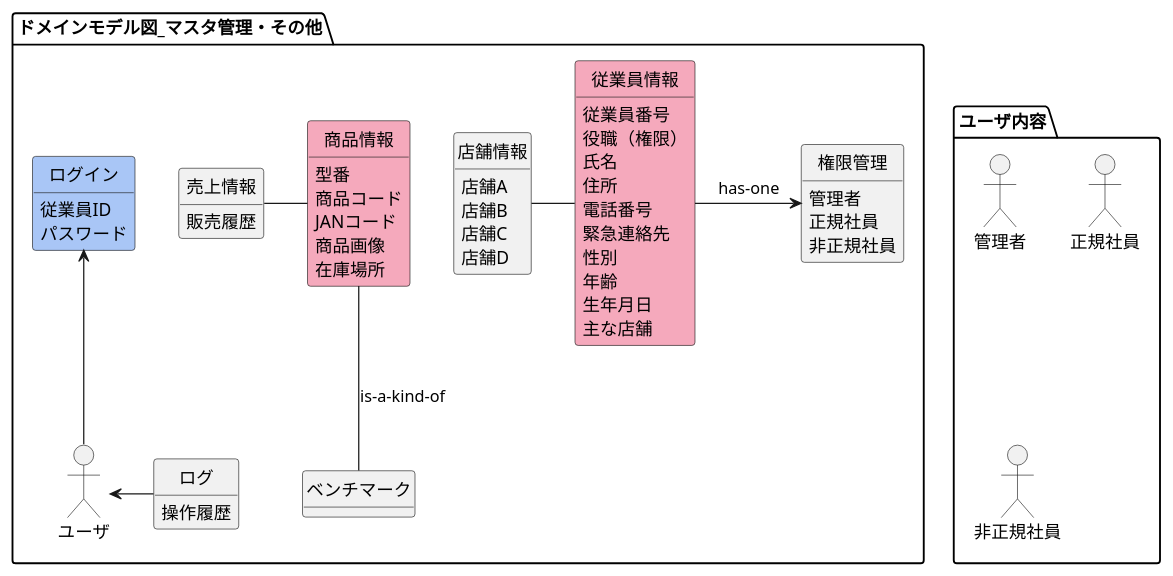
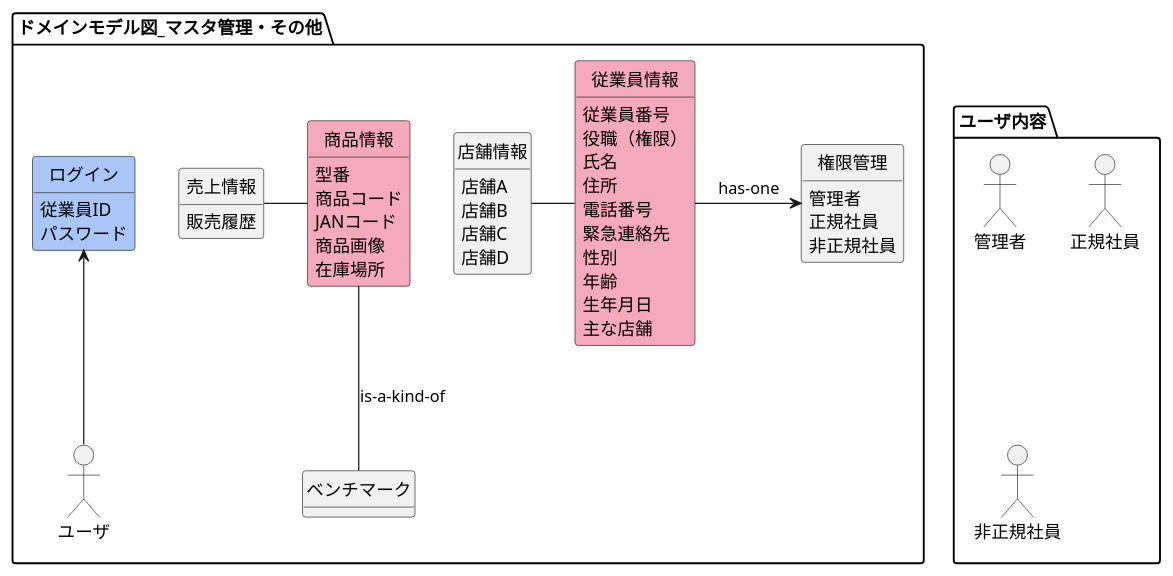
The diagram in 各種設計書/1ドメインモデル図/ドメインモデル図_マスタ管理.wsd (HaruShim/Sotuken), drawn with PlantUML before and after one commit. The commit also changed 3 other files, not shown here.

```diff
--- a/各種設計書/1ドメインモデル図/ドメインモデル図_マスタ管理.wsd
+++ b/各種設計書/1ドメインモデル図/ドメインモデル図_マスタ管理.wsd
@@ -1,57 +1,55 @@
 @startuml domainmodel
 ' left to right direction
 
 hide circle
 hide method
 
 package ユーザ内容 {
   mix_actor 管理者
   mix_actor 正規社員
   mix_actor 非正規社員
 }
 package ドメインモデル図_マスタ管理・その他 {
   class 商品情報 #F5A9BC
   class ベンチマーク 
   class 売上情報 
   class 従業員情報 #F5A9BC
   class 店舗情報 
   class 権限管理 
   class ログイン #A9C6F6
-  class ログ
   mix_actor ユーザ
 
   権限管理 : 管理者
   権限管理 : 正規社員
   権限管理 : 非正規社員
   従業員情報 : 従業員番号
   従業員情報 : 役職（権限）
   従業員情報 : 氏名
   従業員情報 : 住所
   従業員情報 : 電話番号
   従業員情報 : 緊急連絡先
   従業員情報 : 性別
   従業員情報 : 年齢
   従業員情報 : 生年月日
   従業員情報 : 主な店舗
   商品情報 : 型番
   商品情報 : 商品コード
   商品情報 : JANコード
   商品情報 : 商品画像
   商品情報 : 在庫場所
   売上情報 : 販売履歴
   店舗情報 : 店舗A
   店舗情報 : 店舗B
   店舗情報 : 店舗C
   店舗情報 : 店舗D
   ログイン : 従業員ID
   ログイン : パスワード
-  ログ : 操作履歴
+
 
   従業員情報 -left- 店舗情報
   商品情報 -left- 売上情報
   ユーザ -up-> ログイン
-  ユーザ <-right- ログ 
   従業員情報 -> 権限管理 : has-one
   商品情報 -- ベンチマーク : is-a-kind-of
 }
 @enduml
```
